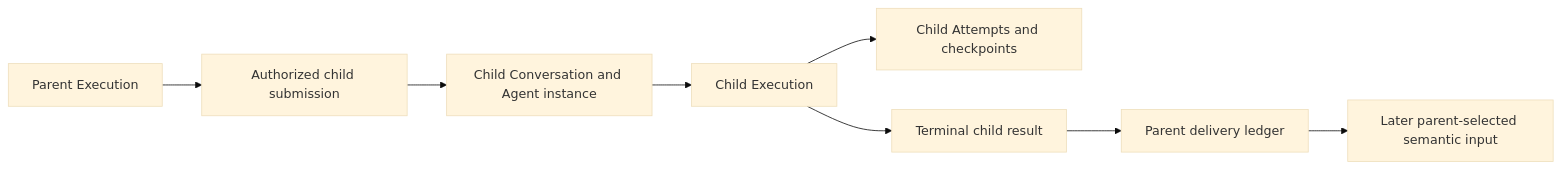
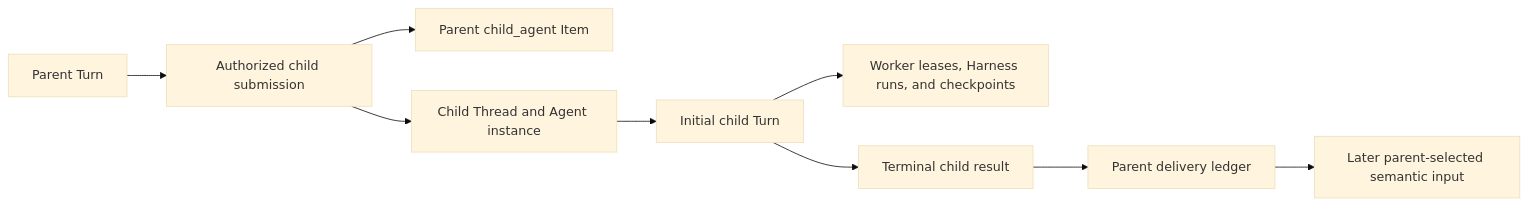
The second of 2 diagrams in spec/foundation-service/05-deferred-actions-and-children.md (converge-ai-labs/agent-foundation), drawn with Mermaid (base theme) before and after one commit. The commit also changed other lines of this file and 29 other files, not shown here.

Commit message:
docs(spec): adopt thread turn item lifecycle

````diff
--- a/spec/foundation-service/05-deferred-actions-and-children.md
+++ b/spec/foundation-service/05-deferred-actions-and-children.md
@@ -64,10 +65,11 @@
 ```mermaid
 flowchart LR
-    Parent[Parent Execution] --> Spawn[Authorized child submission]
-    Spawn --> ChildConversation[Child Conversation and Agent instance]
-    ChildConversation --> Child[Child Execution]
-    Child --> Attempts[Child Attempts and checkpoints]
+    Parent[Parent Turn] --> Spawn[Authorized child submission]
+    Spawn --> ParentItem[Parent child_agent Item]
+    Spawn --> ChildThread[Child Thread and Agent instance]
+    ChildThread --> Child[Initial child Turn]
+    Child --> Runs[Worker leases, Harness runs, and checkpoints]
     Child --> Frozen[Terminal child result]
     Frozen --> Delivery[Parent delivery ledger]
     Delivery --> ParentInput[Later parent-selected semantic input]
 ```
````
